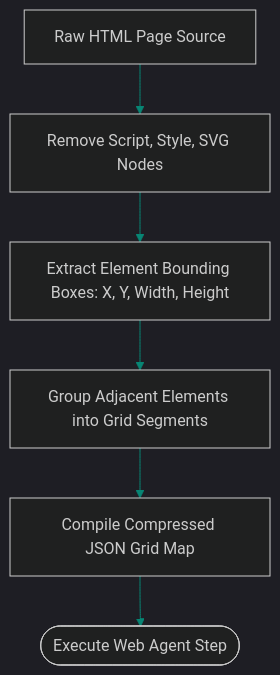
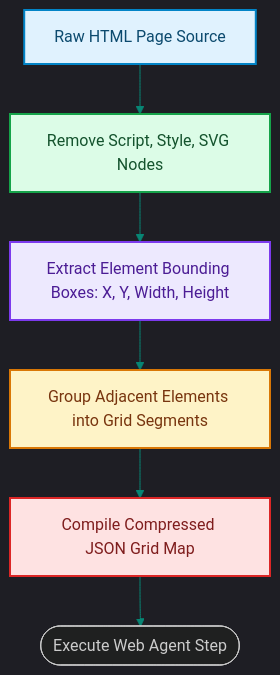
Before and after one commit to akmalkhaniub/akmalkhaniub.github.io: the diagram in blog/posts/browser-visual-dom-segmenting-grid-layouts.md, drawn with Mermaid. The commit also changed other lines of this file and 1291 other files, not shown here.

First line of the commit message:
feat(catalog): unique covers, scholarly references, and diagram palettes

````diff
--- a/blog/posts/browser-visual-dom-segmenting-grid-layouts.md
+++ b/blog/posts/browser-visual-dom-segmenting-grid-layouts.md
@@ -16,11 +16,22 @@
 ```mermaid
 %%{init: {'theme': 'dark', 'themeVariables': { 'primaryColor': '#088574', 'primaryTextColor': '#f3f4f6', 'primaryBorderColor': '#0db49b', 'lineColor': '#088574', 'secondaryColor': '#111827', 'tertiaryColor': '#0b0f19'}}}%%
 flowchart TD
-    RawHTML[Raw HTML Page Source] --> Parser[Remove Script, Style, SVG Nodes]
+    RawHTML["Raw HTML Page Source"] --> Parser["Remove Script, Style, SVG Nodes"]
     
-    Parser --> Box[Extract Element Bounding Boxes: X, Y, Width, Height]
-    Box --> Grid[Group Adjacent Elements into Grid Segments]
+    Parser --> Box["Extract Element Bounding Boxes: X, Y, Width, Height"]
+    Box --> Grid["Group Adjacent Elements into Grid Segments"]
     
-    Grid --> Compile[Compile Compressed JSON Grid Map]
+    Grid --> Compile["Compile Compressed JSON Grid Map"]
     Compile --> Agent([Execute Web Agent Step])
+
+classDef green fill:#dcfce7,stroke:#16a34a,stroke-width:2px,color:#14532d;
+classDef red fill:#fee2e2,stroke:#dc2626,stroke-width:2px,color:#7f1d1d;
+classDef blue fill:#e0f2fe,stroke:#0284c7,stroke-width:2px,color:#0c4a6e;
+classDef yellow fill:#fef3c7,stroke:#d97706,stroke-width:2px,color:#78350f;
+classDef purple fill:#ede9fe,stroke:#7c3aed,stroke-width:2px,color:#4c1d95;
+class RawHTML blue
+class Parser green
+class Box purple
+class Grid yellow
+class Compile red
 ```
````
